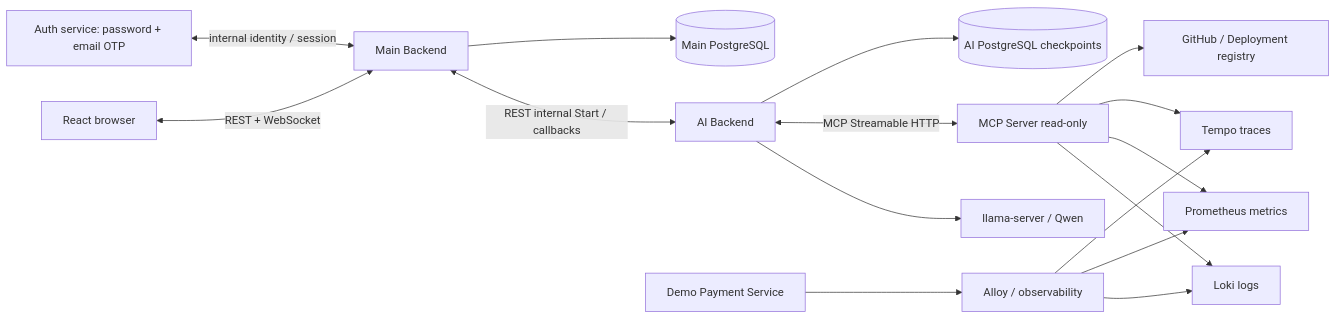
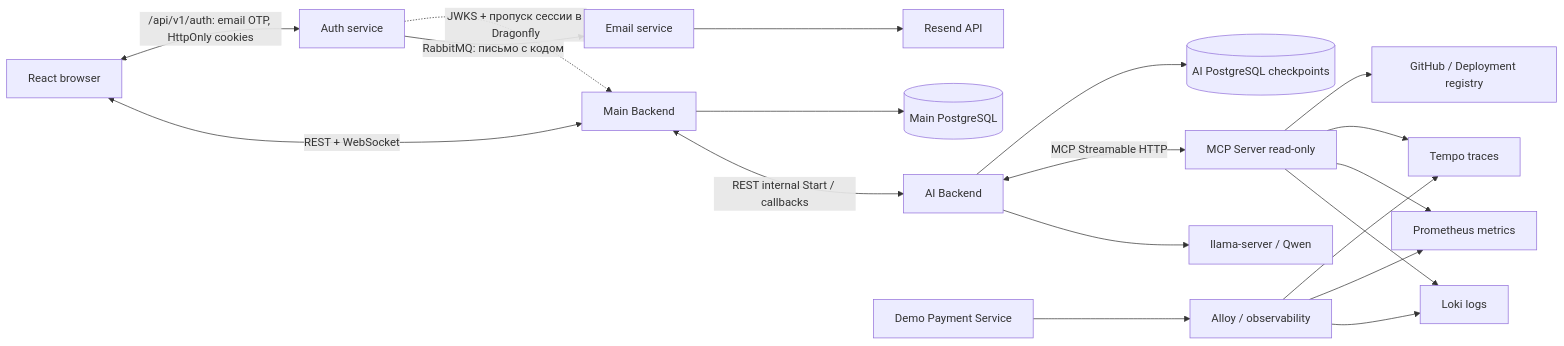
The diagram in README.md (AI-Incident-Investigation-Platform/docs), drawn with Mermaid before and after one commit. The commit also changed other lines of this file and 31 other files, not shown here.

First line of the commit message:
docs: перевёл auth на вход по коду без пароля, сессию в HttpOnly-куках и права внутри проекта

````diff
--- a/README.md
+++ b/README.md
@@ -42,18 +42,21 @@
 ```mermaid
 flowchart LR
   Browser[React browser] <-->|REST + WebSocket| Main[Main Backend]
-  Auth[Auth service: password + email OTP] <-->|internal identity / session| Main
+  Browser <-->|/api/v1/auth: email OTP, HttpOnly cookies| Auth[Auth service]
+  Auth -->|RabbitMQ: письмо с кодом| Email[Email service]
+  Email --> Resend[Resend API]
+  Auth -.->|JWKS + пропуск сессии в Dragonfly| Main
   Main <-->|REST internal Start / callbacks| AI[AI Backend]
   AI --> LLM[llama-server / Qwen]
   AI <-->|MCP Streamable HTTP| MCP[MCP Server read-only]
   MCP --> Loki[Loki logs]
   MCP --> Prom[Prometheus metrics]
   MCP --> Tempo[Tempo traces]
   MCP --> Git[GitHub / Deployment registry]
   Main --> PG1[(Main PostgreSQL)]
   AI --> PG2[(AI PostgreSQL checkpoints)]
   Demo[Demo Payment Service] --> Infra[Alloy / observability]
   Infra --> Loki
   Infra --> Prom
   Infra --> Tempo
 ```
````
